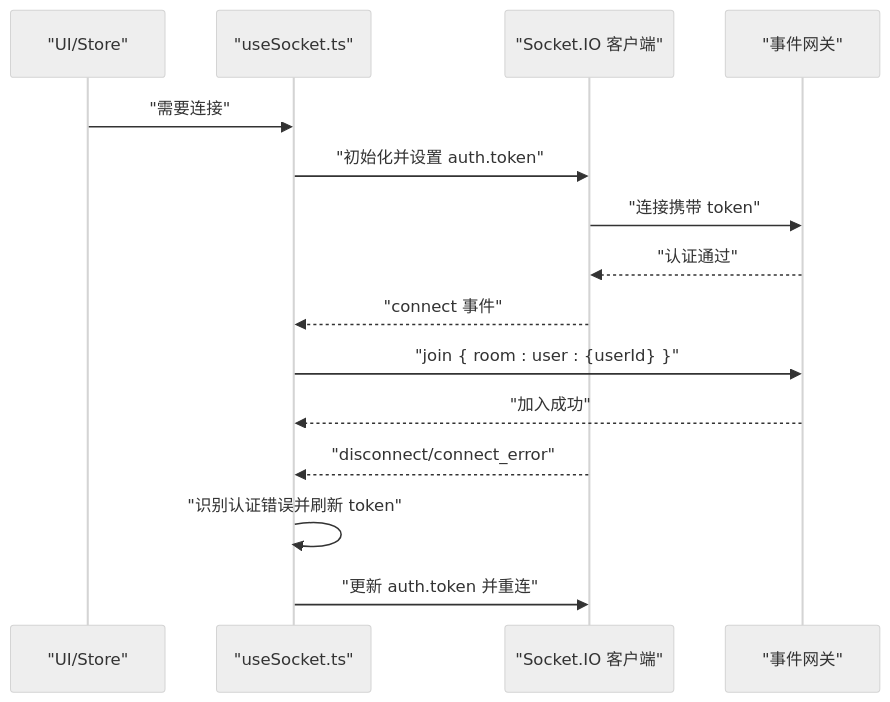
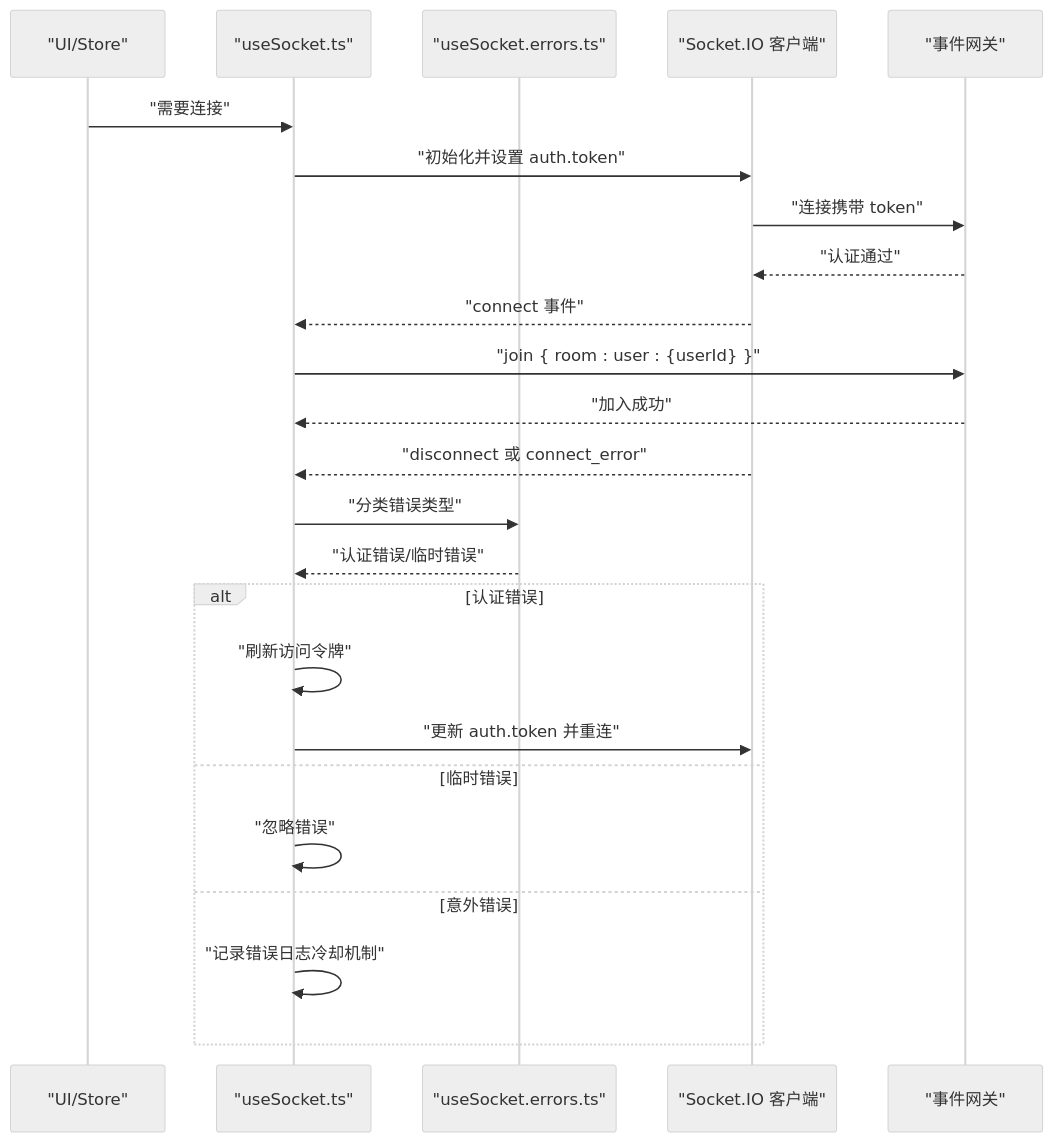
One commit to xixixiaoyu/Todo changed the fourth of 7 diagrams in .qoder/repowiki/zh/content/架构设计/实时通信架构.md. Above: the diagram before and after it, drawn with Mermaid (neutral theme). The commit also changed other lines of this file and 6 other files, not shown here.

````diff
--- a/.qoder/repowiki/zh/content/架构设计/实时通信架构.md
+++ b/.qoder/repowiki/zh/content/架构设计/实时通信架构.md
@@ -180,17 +203,26 @@
 ```mermaid
 sequenceDiagram
 participant UI as "UI/Store"
 participant US as "useSocket.ts"
+participant ERR as "useSocket.errors.ts"
 participant SIO as "Socket.IO 客户端"
 participant GW as "事件网关"
 UI->>US : "需要连接"
 US->>SIO : "初始化并设置 auth.token"
 SIO->>GW : "连接携带 token"
 GW-->>SIO : "认证通过"
 SIO-->>US : "connect 事件"
 US->>GW : "join { room : user : {userId} }"
 GW-->>US : "加入成功"
-SIO-->>US : "disconnect/connect_error"
-US->>US : "识别认证错误并刷新 token"
+SIO-->>US : "disconnect 或 connect_error"
+US->>ERR : "分类错误类型"
+ERR-->>US : "认证错误/临时错误"
+alt 认证错误
+US->>US : "刷新访问令牌"
 US->>SIO : "更新 auth.token 并重连"
+else 临时错误
+US->>US : "忽略错误"
+else 意外错误
+US->>US : "记录错误日志冷却机制"
+end
 ```
````
